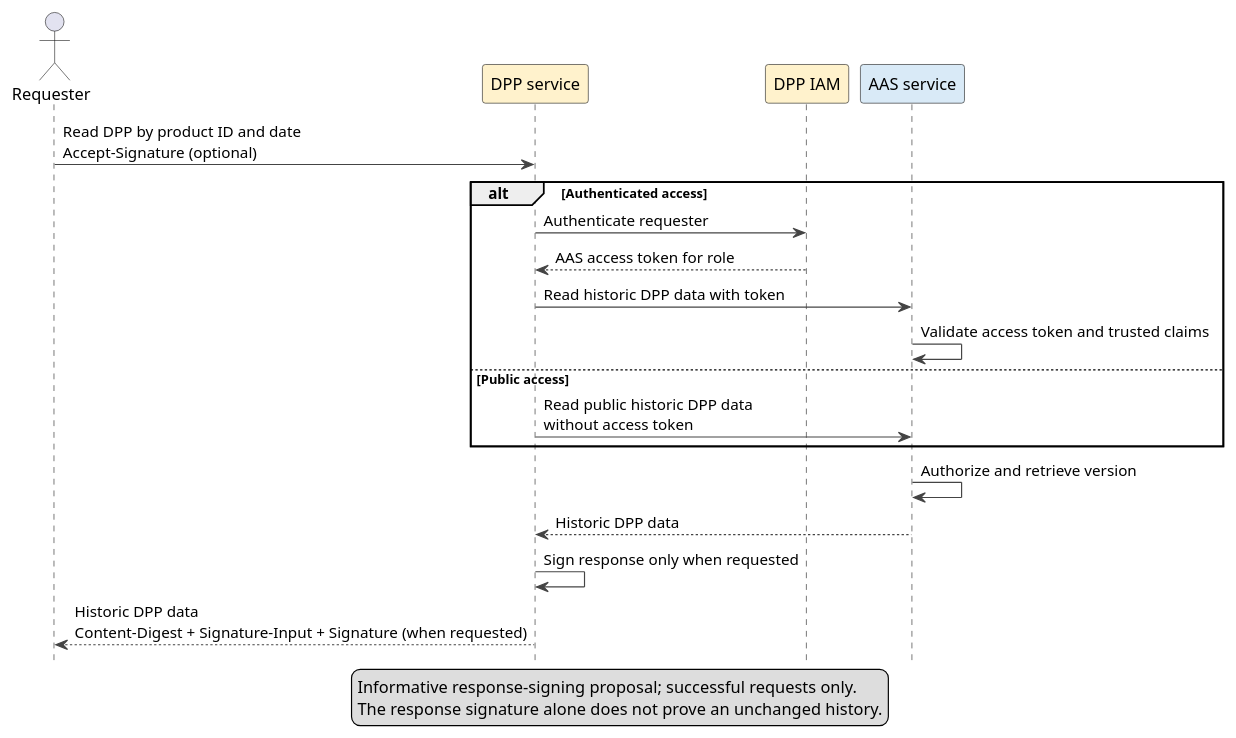
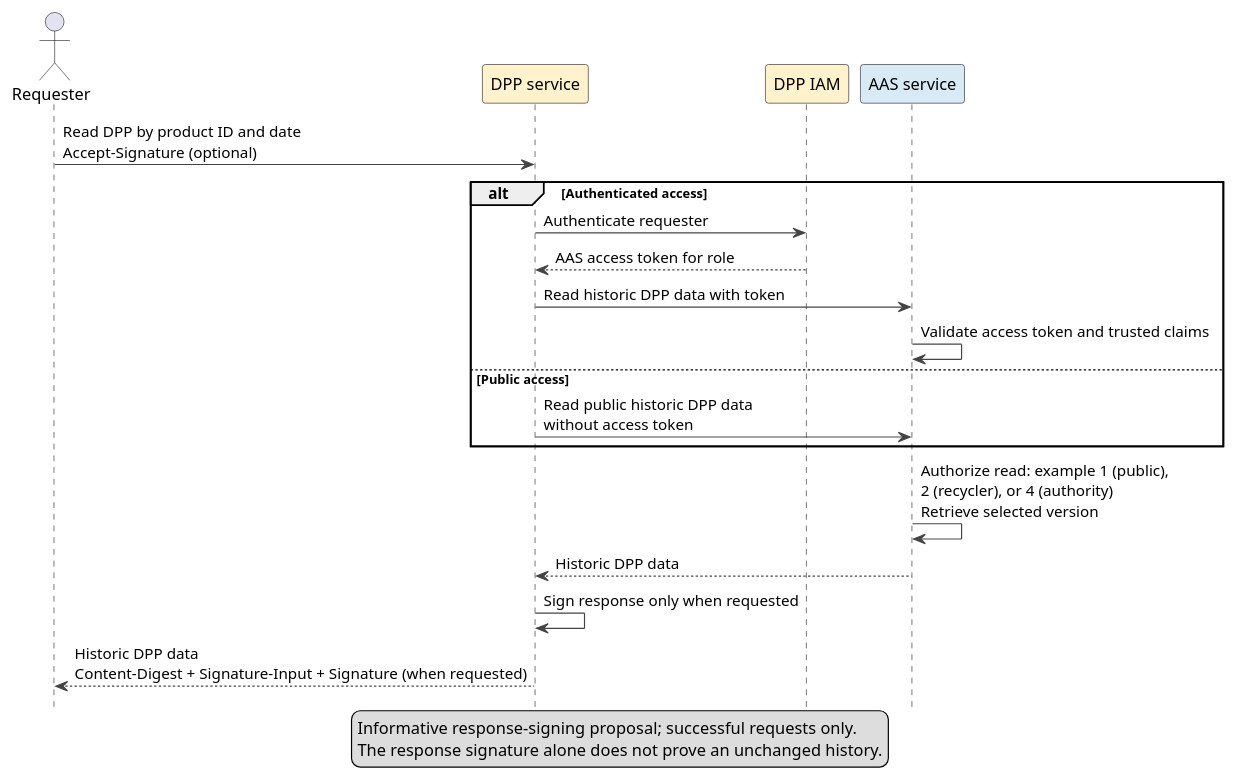
Before and after one commit to Martin187187/aas-specs-security: the diagram in documentation/IDTA-01004/modules/ROOT/partials/diagrams/dpp-historical-read.puml, drawn with PlantUML. The commit also changed 8 other files, not shown here.

```diff
--- a/documentation/IDTA-01004/modules/ROOT/partials/diagrams/dpp-historical-read.puml
+++ b/documentation/IDTA-01004/modules/ROOT/partials/diagrams/dpp-historical-read.puml
@@ -1,32 +1,32 @@
 @startuml
 ' Copyright (c) 2026 Industrial Digital Twin Association
 ' SPDX-License-Identifier: CC-BY-4.0
 
 skinparam shadowing false
 skinparam ArrowColor #444444
 hide footbox
 
 legend bottom
   Informative response-signing proposal; successful requests only.
   The response signature alone does not prove an unchanged history.
 endlegend
 
 actor "Requester" as User
 participant "DPP service" as DPP #FFF2CC
 participant "DPP IAM" as IAM #FFF2CC
 participant "AAS service" as AAS #D9EAF7
 
 User -> DPP : Read DPP by product ID and date\nAccept-Signature (optional)
 alt Authenticated access
   DPP -> IAM : Authenticate requester
   IAM --> DPP : AAS access token for role
   DPP -> AAS : Read historic DPP data with token
   AAS -> AAS : Validate access token and trusted claims
 else Public access
   DPP -> AAS : Read public historic DPP data\nwithout access token
 end
-AAS -> AAS : Authorize and retrieve version
+AAS -> AAS : Authorize read: example 1 (public),\n2 (recycler), or 4 (authority)\nRetrieve selected version
 AAS --> DPP : Historic DPP data
 DPP -> DPP : Sign response only when requested
 DPP --> User : Historic DPP data\nContent-Digest + Signature-Input + Signature (when requested)
 @enduml
```
